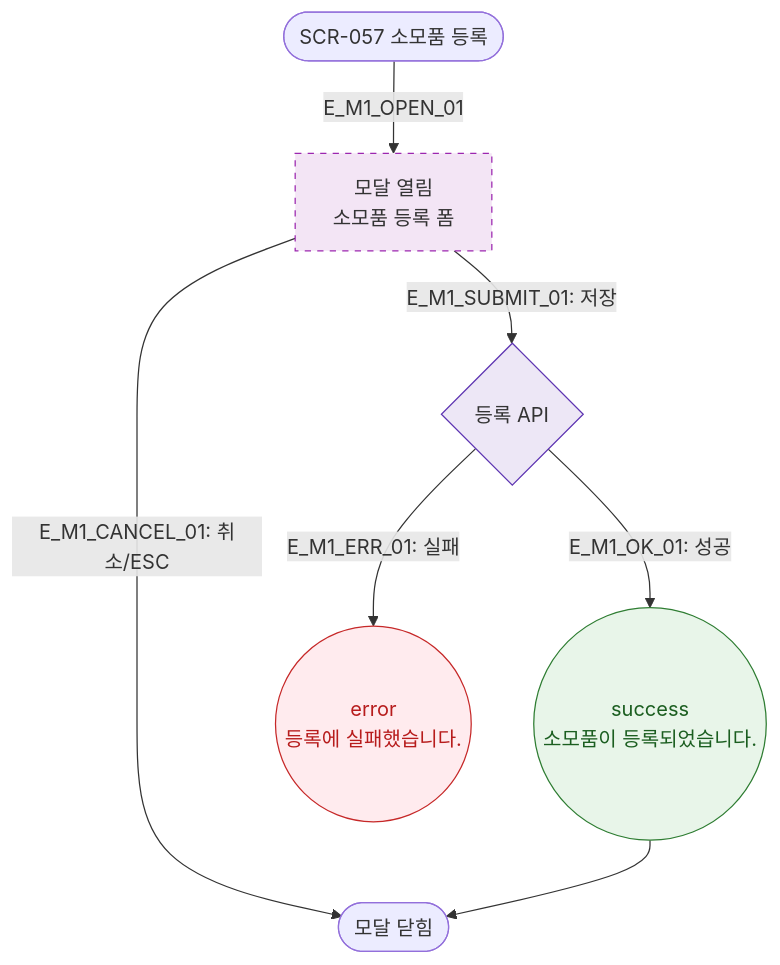
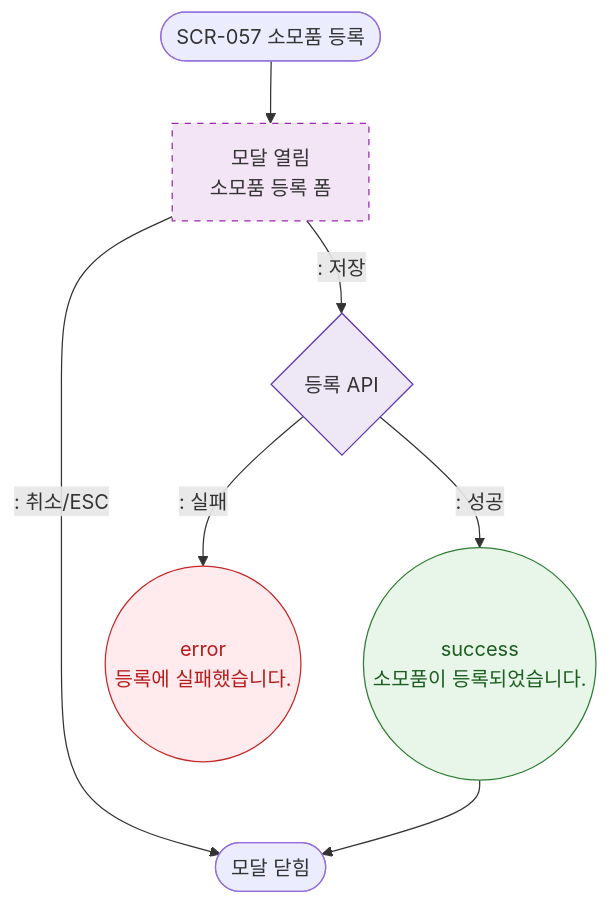
Before and after one commit to dev-spogym/admin-pando: the diagram in docs/다이어그램/D06_시설관리/DLG/DLG-057-001_소모품등록/M1_생명주기.md, drawn with Mermaid. The commit also changed other lines of this file and 1660 other files, not shown here.

First line of the commit message:
다이어그램: 기획자/클라이언트 납품본으로 정리

````diff
--- a/docs/다이어그램/D06_시설관리/DLG/DLG-057-001_소모품등록/M1_생명주기.md
+++ b/docs/다이어그램/D06_시설관리/DLG/DLG-057-001_소모품등록/M1_생명주기.md
@@ -16,18 +14,18 @@
 ```mermaid
 flowchart TD
-    TRIGGER([SCR-057 소모품 등록]) -->|E_M1_OPEN_01| OPEN[모달 열림\n소모품 등록 폼]
-    OPEN -->|"E_M1_SUBMIT_01: 저장"| SaveAPI{등록 API}
-    SaveAPI -->|"E_M1_OK_01: 성공"| SUCCESS((success\n소모품이 등록되었습니다.))
-    SaveAPI -->|"E_M1_ERR_01: 실패"| FAIL((error\n등록에 실패했습니다.))
-    OPEN -->|"E_M1_CANCEL_01: 취소/ESC"| CLOSED([모달 닫힘])
+    TRIGGER([SCR-057 소모품 등록]) --> OPEN[모달 열림\n소모품 등록 폼]
+    OPEN -->|": 저장"|SaveAPI{등록 API}
+    SaveAPI -->|": 성공"|SUCCESS((success\n소모품이 등록되었습니다.))
+    SaveAPI -->|": 실패"|FAIL((error\n등록에 실패했습니다.))
+    OPEN -->|": 취소/ESC"|CLOSED([모달 닫힘])
     SUCCESS --> CLOSED
 
     classDef newFeature fill:#F3E5F5,stroke:#9C27B0,stroke-dasharray:5 5
     classDef success fill:#E8F5E9,stroke:#2E7D32,color:#1B5E20
     classDef error fill:#FFEBEE,stroke:#C62828,color:#B71C1C
     classDef system fill:#EDE7F6,stroke:#5E35B2
     class OPEN newFeature
     class SUCCESS success
     class FAIL error
     class SaveAPI system
 ```
````
